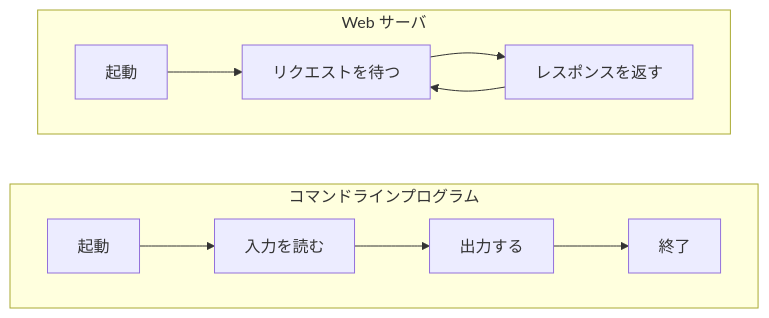
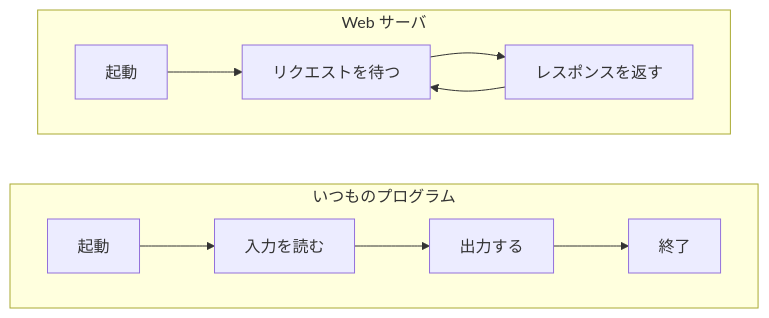
Before and after one commit to Appricot144/teaching-material: the diagram in servlet/01-web-basics/02-web-server-vs-program.md, drawn with Mermaid. The commit also changed other lines of this file and 5 other files, not shown here.

````diff
--- a/servlet/01-web-basics/02-web-server-vs-program.md
+++ b/servlet/01-web-basics/02-web-server-vs-program.md
@@ -11,11 +19,11 @@
 ```mermaid
 flowchart LR
-    subgraph P["コマンドラインプログラム"]
+    subgraph P["いつものプログラム"]
         direction LR
         A1["起動"] --> A2["入力を読む"] --> A3["出力する"] --> A4["終了"]
     end
     subgraph W["Web サーバ"]
         direction LR
         B1["起動"] --> B2["リクエストを待つ"] --> B3["レスポンスを返す"] --> B2
     end
 ```
````
